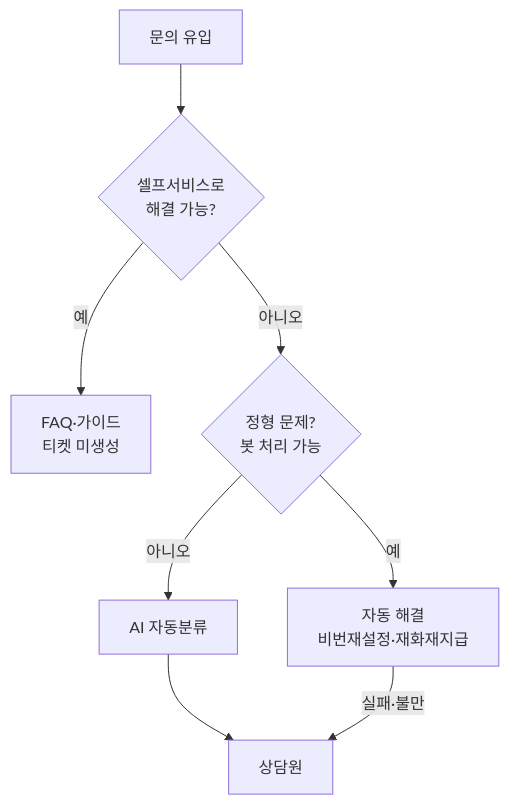
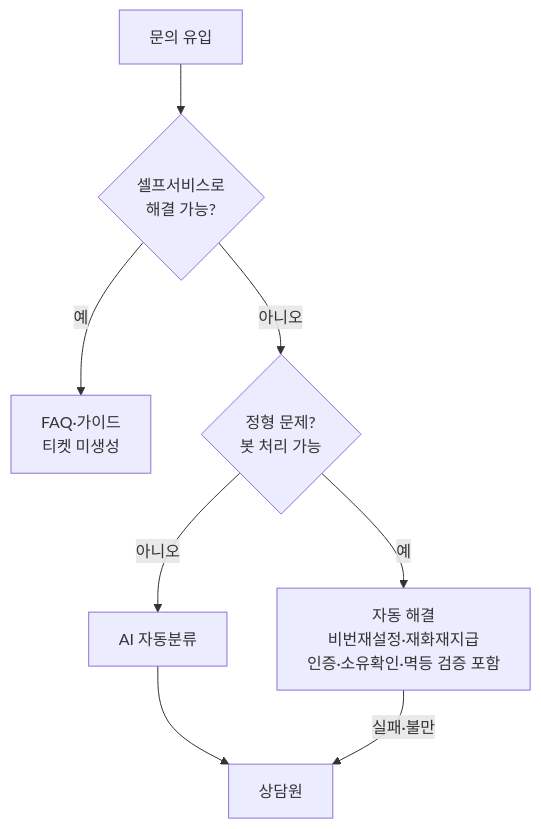
Before and after one commit to Rein-ArXiv/game-dev-curriculum: the fourth of 8 diagrams in live_service/part05_support.md, drawn with Mermaid. The commit also changed other lines of this file and 279 other files, not shown here.

````diff
--- a/live_service/part05_support.md
+++ b/live_service/part05_support.md
@@ -190,10 +190,10 @@
 ```mermaid
 flowchart TB
     In[문의 유입] --> Self{셀프서비스로<br/>해결 가능?}
     Self -->|예| Deflect[FAQ·가이드<br/>티켓 미생성]
     Self -->|아니오| Bot{정형 문제?<br/>봇 처리 가능}
-    Bot -->|예| AutoFix[자동 해결<br/>비번재설정·재화재지급]
+    Bot -->|예| AutoFix[자동 해결<br/>비번재설정·재화재지급<br/>인증·소유확인·멱등 검증 포함]
     Bot -->|아니오| Classify[AI 자동분류]
     Classify --> Human[상담원]
     AutoFix -->|실패·불만| Human
 ```
````
